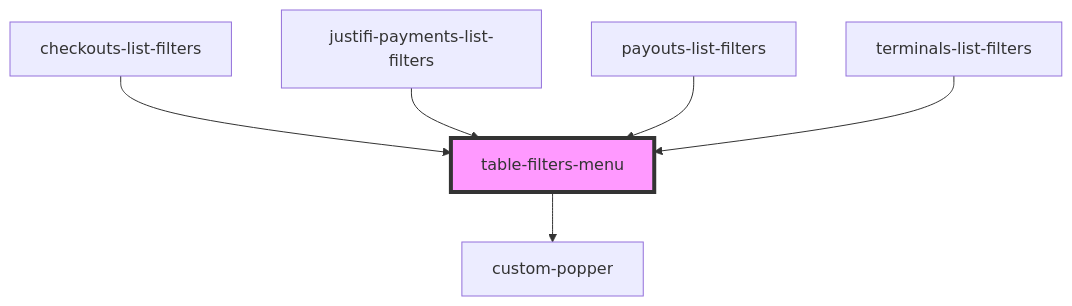
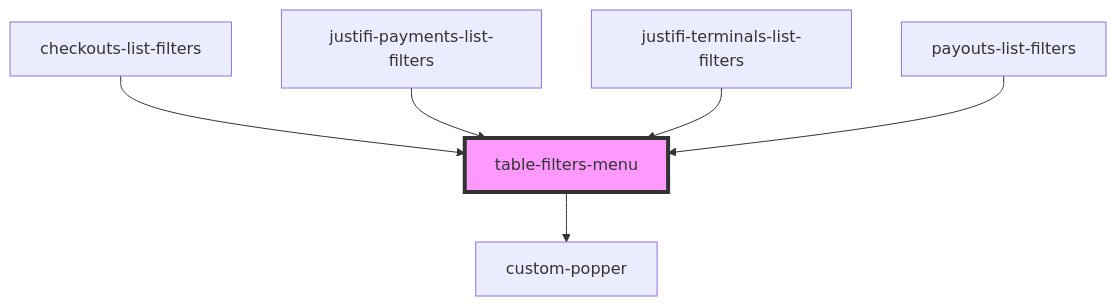
The diagram in packages/webcomponents/src/ui-components/filters/readme.md (justifi-tech/web-component-library), drawn with Mermaid before and after one commit. The commit also changed other lines of this file and 6 other files, not shown here.

````diff
--- a/packages/webcomponents/src/ui-components/filters/readme.md
+++ b/packages/webcomponents/src/ui-components/filters/readme.md
@@ -37,9 +37,9 @@
 ```mermaid
 graph TD;
   table-filters-menu --> custom-popper
   checkouts-list-filters --> table-filters-menu
   justifi-payments-list-filters --> table-filters-menu
+  justifi-terminals-list-filters --> table-filters-menu
   payouts-list-filters --> table-filters-menu
-  terminals-list-filters --> table-filters-menu
   style table-filters-menu fill:#f9f,stroke:#333,stroke-width:4px
 ```
````
